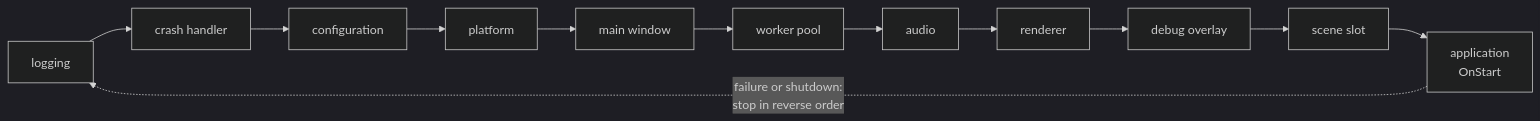
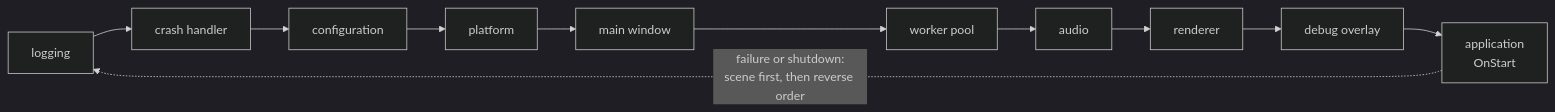
Before and after one commit to SBXdev3D/daidalos-engine-next: the second of 7 diagrams in docs/ARCHITECTURE.md, drawn with Mermaid (dark theme). The commit also changed other lines of this file and 11 other files, not shown here.

````diff
--- a/docs/ARCHITECTURE.md
+++ b/docs/ARCHITECTURE.md
@@ -99,6 +52,6 @@
 ```mermaid
 flowchart LR
     A[logging] --> B[crash handler] --> C[configuration] --> D[platform] --> E[main window] --> W[worker pool]
-    W --> AU[audio] --> F[renderer] --> G[debug overlay] --> S[scene slot] --> H["application<br/>OnStart"]
-    H -. "failure or shutdown:<br/>stop in reverse order" .-> A
+    W --> AU[audio] --> F[renderer] --> G[debug overlay] --> H["application<br/>OnStart"]
+    H -. "failure or shutdown:<br/>scene first, then reverse order" .-> A
 ```
````
